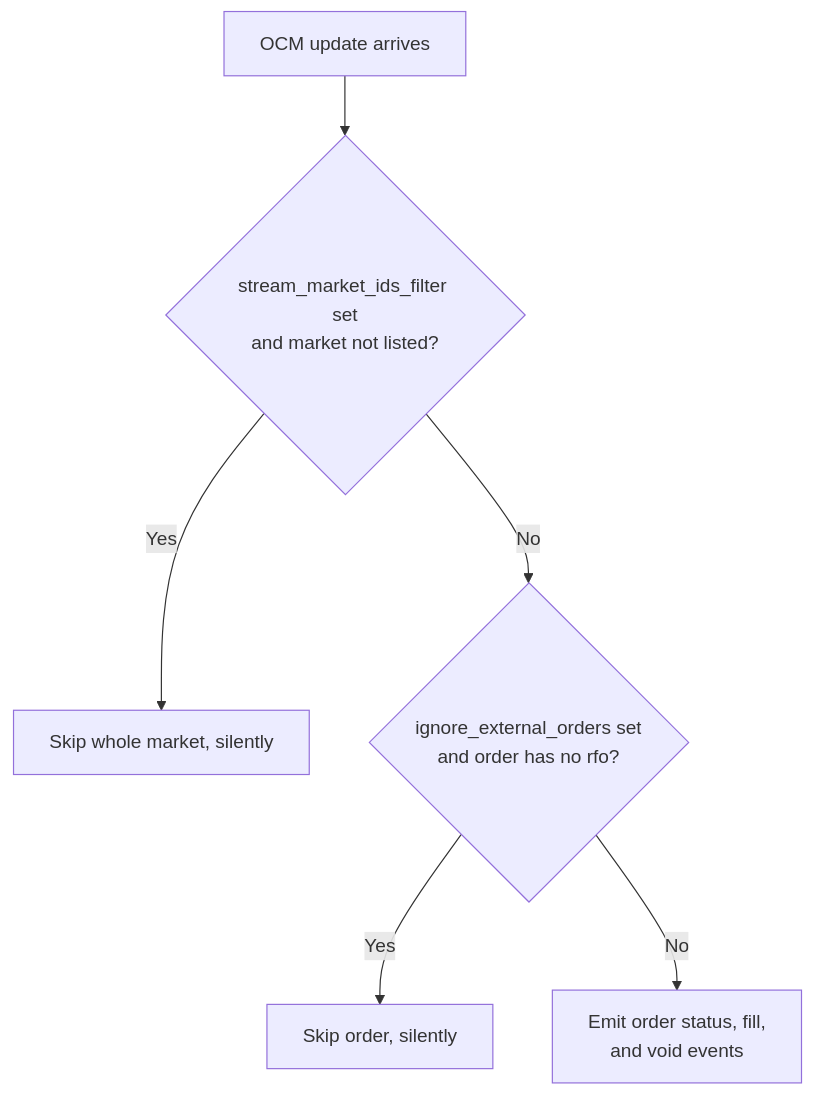
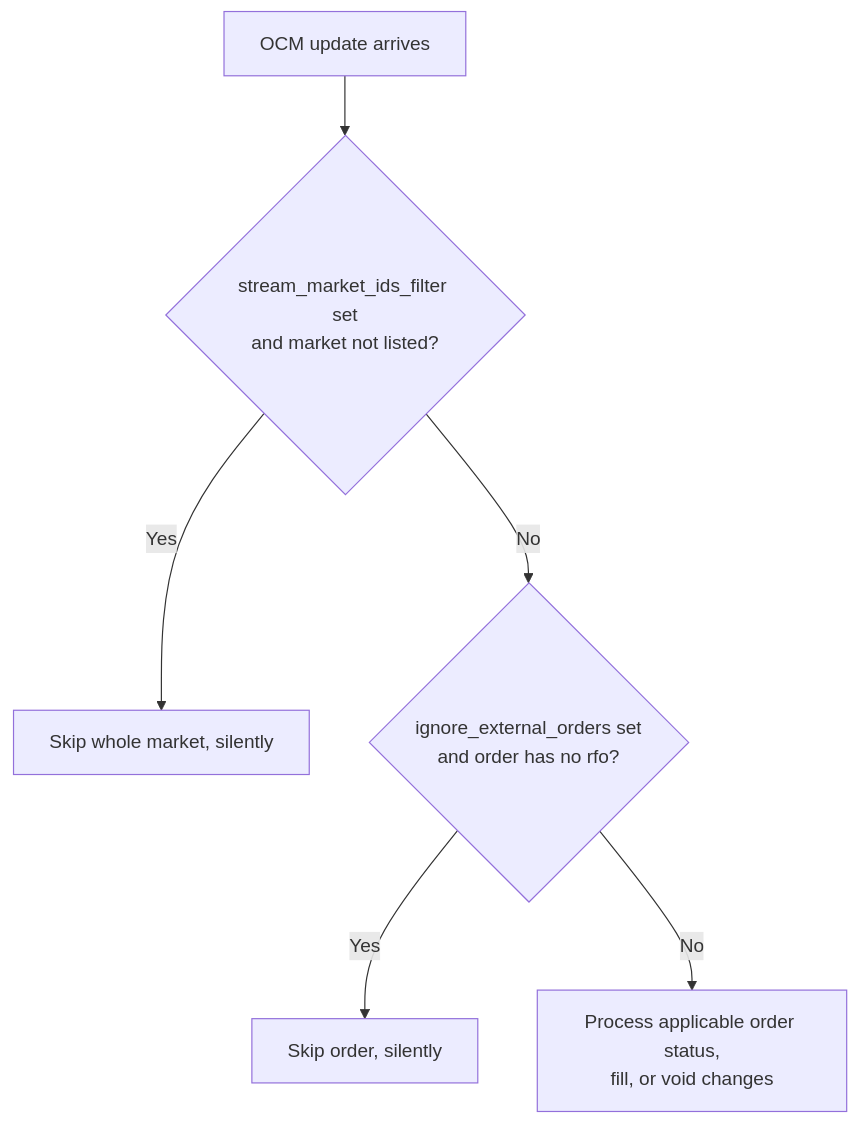
The diagram in docs/integrations/betfair.md (nautechsystems/nautilus_trader), drawn with Mermaid before and after one commit. The commit also changed other lines of this file and 7 other files, not shown here.

````diff
--- a/docs/integrations/betfair.md
+++ b/docs/integrations/betfair.md
@@ -300,8 +313,8 @@
 ```mermaid
 flowchart TD
     A[OCM update arrives] --> B{stream_market_ids_filter set<br/>and market not listed?}
     B -->|Yes| C[Skip whole market, silently]
     B -->|No| D{ignore_external_orders set<br/>and order has no rfo?}
     D -->|Yes| E[Skip order, silently]
-    D -->|No| F[Emit order status, fill,<br/>and void events]
+    D -->|No| F[Process applicable order status,<br/>fill, or void changes]
 ```
````
